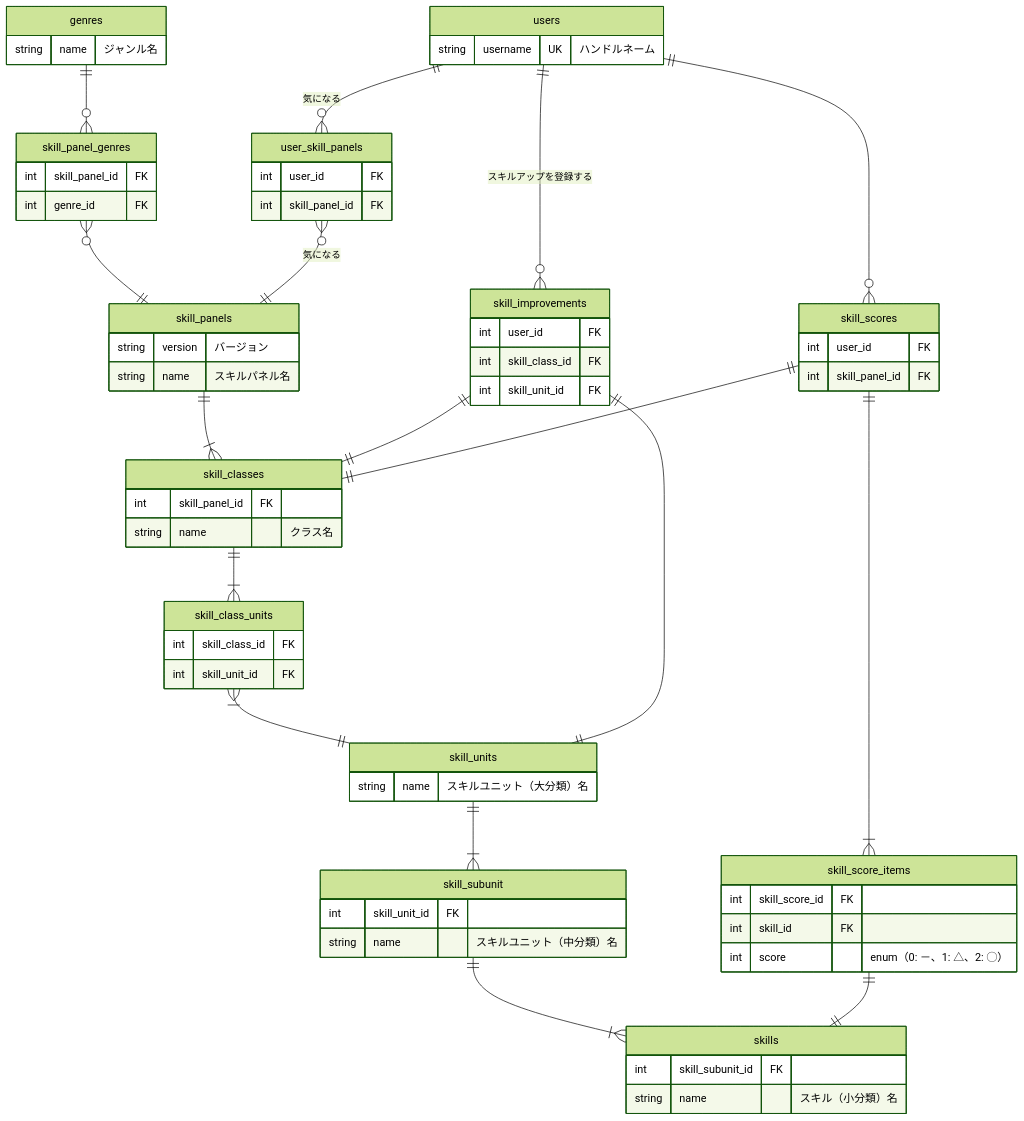
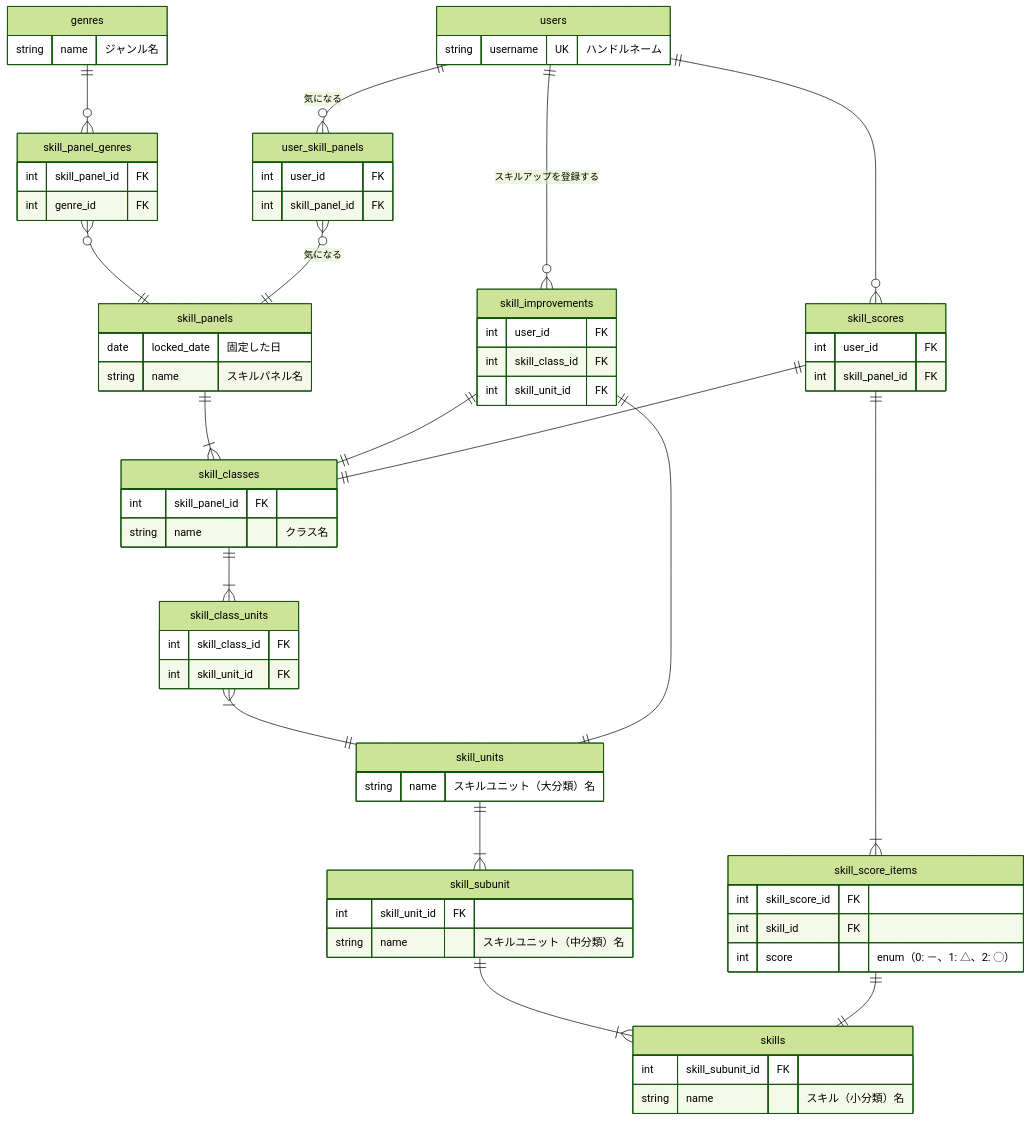
The second of 2 diagrams in docs/conceptual_schemas/skills.md (bright-org/bright), drawn with Mermaid (forest theme) before and after one commit. The commit also changed 4 other files, not shown here.

```diff
--- a/docs/conceptual_schemas/skills.md
+++ b/docs/conceptual_schemas/skills.md
@@ -63,7 +63,7 @@
   skill_score_items ||--|| skills : ""
 
   skill_panels {
-    string version "バージョン"
+    date locked_date "固定した日"
     string name "スキルパネル名"
   }
 
```
